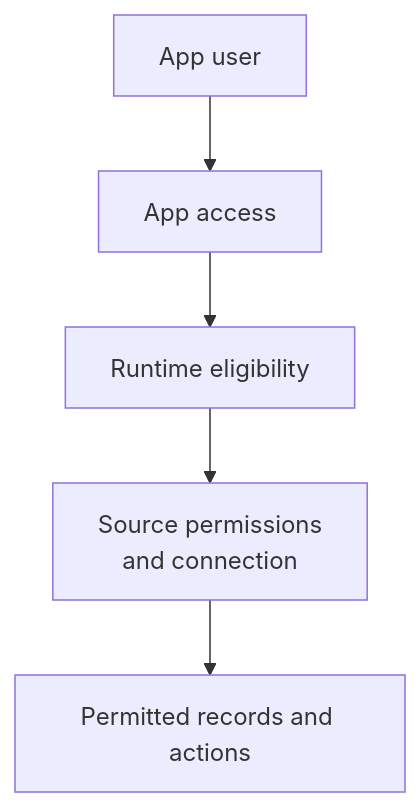
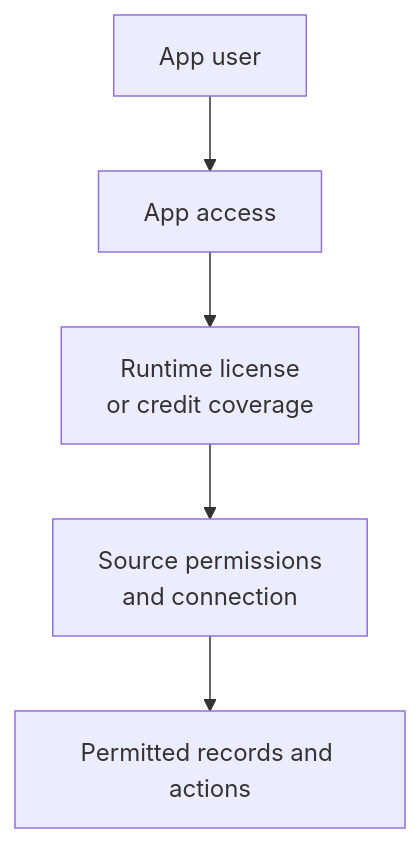
Before and after one commit to DwayneSelsig/M365wizard: the second of 2 diagrams in docs/services/copilot/managed-apps.mdx, drawn with Mermaid. The commit also changed other lines of this file and 3 other files, not shown here.

````diff
--- a/docs/services/copilot/managed-apps.mdx
+++ b/docs/services/copilot/managed-apps.mdx
@@ -66,7 +58,7 @@
 ```mermaid
 flowchart TB
     User["App user"] --> App["App access"]
-    App --> Runtime["Runtime eligibility"]
+    App --> Runtime["Runtime license<br/>or credit coverage"]
     Runtime --> Source["Source permissions<br/>and connection"]
     Source --> Data["Permitted records and actions"]
 ```
````
